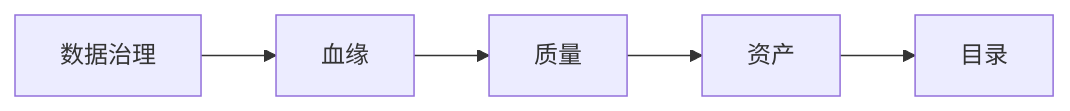
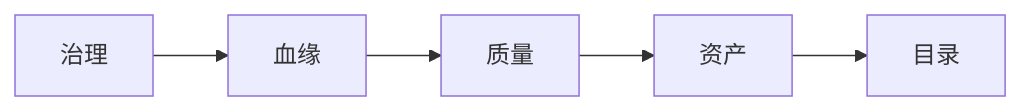
The diagram in 基础知识/数据架构/数据治理与血缘.md (tghrxxxyyy/knowledge-base), drawn with Mermaid before and after one commit. The commit also changed other lines of this file and 385 other files, not shown here.

````diff
--- a/基础知识/数据架构/数据治理与血缘.md
+++ b/基础知识/数据架构/数据治理与血缘.md
@@ -19,9 +19,9 @@
 ```mermaid
 flowchart LR
-    A[数据治理]
+    A[治理]
     B[血缘]
     C[质量]
     D[资产]
     E[目录]
     A --> B --> C --> D --> E
 ```
````
